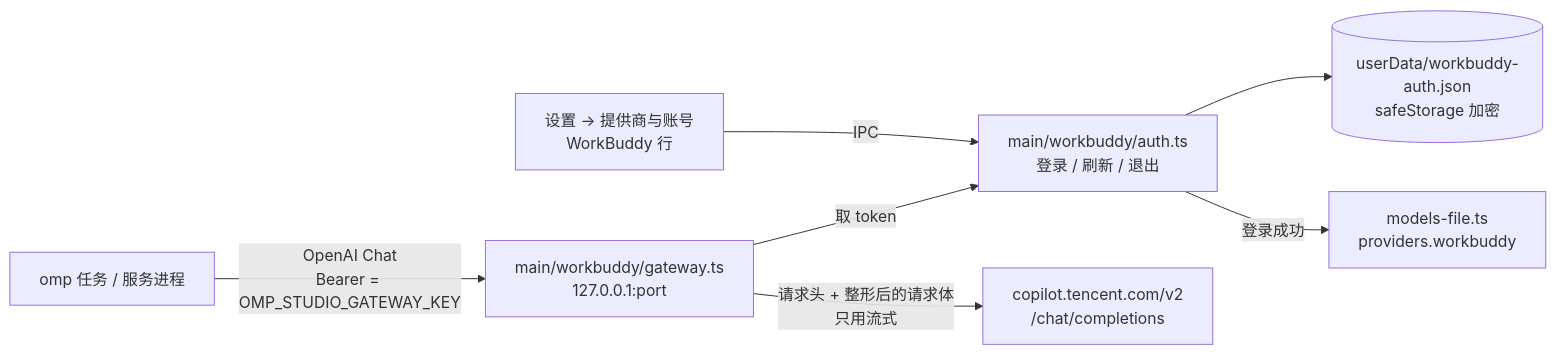
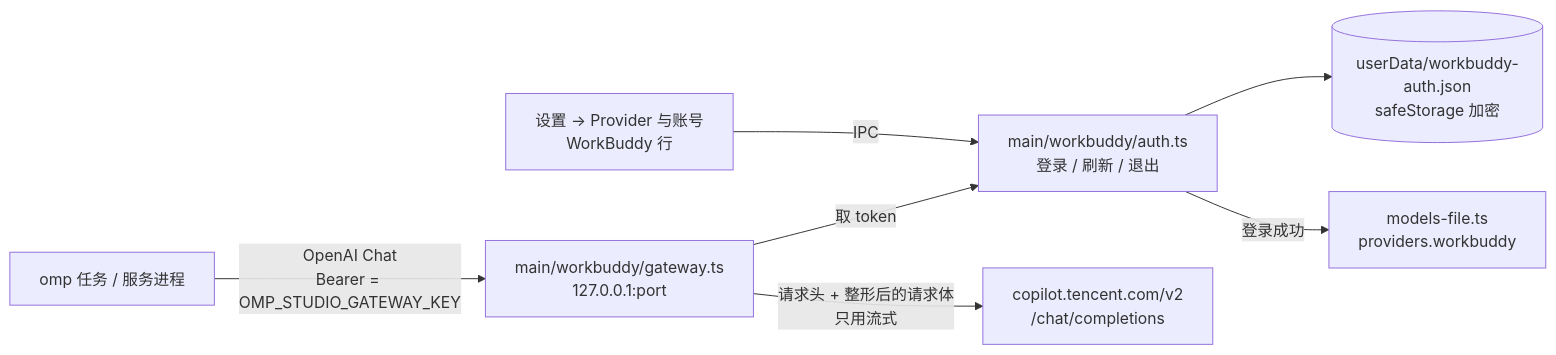
Before and after one commit to DawnJson/omp-studio: the diagram in docs/architecture/workbuddy-plan.md, drawn with Mermaid. The commit also changed other lines of this file and 42 other files, not shown here.

````diff
--- a/docs/architecture/workbuddy-plan.md
+++ b/docs/architecture/workbuddy-plan.md
@@ -23,9 +23,9 @@
 ```mermaid
 flowchart LR
-  UI[设置 → 提供商与账号<br/>WorkBuddy 行] -->|IPC| Auth[main/workbuddy/auth.ts<br/>登录 / 刷新 / 退出]
+  UI[设置 → Provider 与账号<br/>WorkBuddy 行] -->|IPC| Auth[main/workbuddy/auth.ts<br/>登录 / 刷新 / 退出]
   Auth --> Store[(userData/workbuddy-auth.json<br/>safeStorage 加密)]
   Auth -->|登录成功| Models[models-file.ts<br/>providers.workbuddy]
   Omp[omp 任务 / 服务进程] -->|OpenAI Chat<br/>Bearer = OMP_STUDIO_GATEWAY_KEY| GW[main/workbuddy/gateway.ts<br/>127.0.0.1:port]
   GW -->|取 token| Auth
   GW -->|请求头 + 整形后的请求体<br/>只用流式| WB[copilot.tencent.com/v2<br/>/chat/completions]
 ```
````
